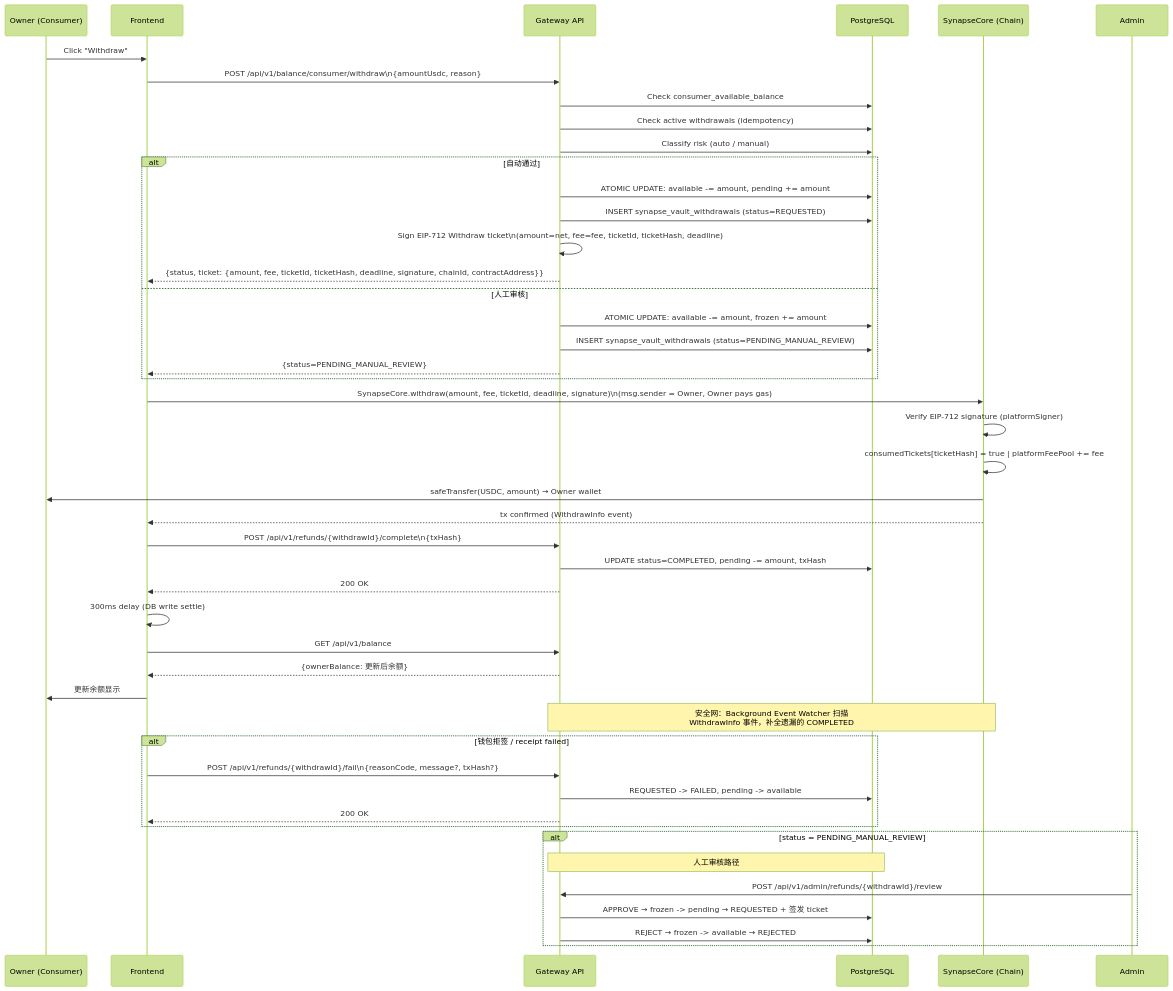
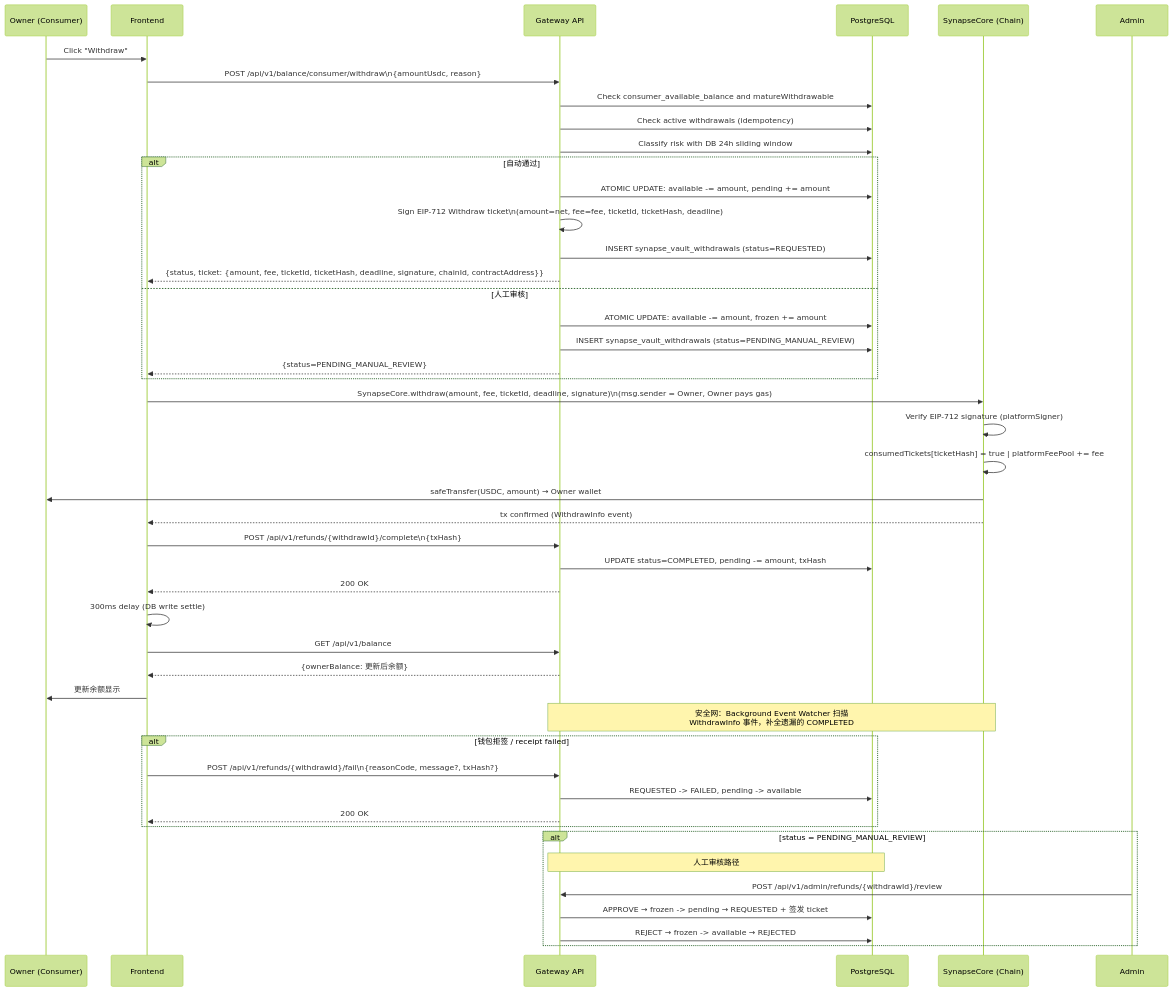
One commit to SynapseNetworkAI/Synapse-Network changed the diagram in docs/architecture/workflows/06_Consumer_Withdrawal_and_Risk_Gates.md. Above: the diagram before and after it, drawn with Mermaid (forest theme). The commit also changed other lines of this file and 53 other files, not shown here.

````diff
--- a/docs/architecture/workflows/06_Consumer_Withdrawal_and_Risk_Gates.md
+++ b/docs/architecture/workflows/06_Consumer_Withdrawal_and_Risk_Gates.md
@@ -120,54 +135,54 @@
 ```mermaid
 sequenceDiagram
     participant U as Owner (Consumer)
     participant FE as Frontend
     participant GW as Gateway API
     participant DB as PostgreSQL
     participant SC as SynapseCore (Chain)
 
     U->>FE: Click "Withdraw"
     FE->>GW: POST /api/v1/balance/consumer/withdraw\n{amountUsdc, reason}
-    GW->>DB: Check consumer_available_balance
+    GW->>DB: Check consumer_available_balance and matureWithdrawable
     GW->>DB: Check active withdrawals (idempotency)
-    GW->>DB: Classify risk (auto / manual)
+    GW->>DB: Classify risk with DB 24h sliding window
     alt 自动通过
         GW->>DB: ATOMIC UPDATE: available -= amount, pending += amount
+        GW->>GW: Sign EIP-712 Withdraw ticket\n(amount=net, fee=fee, ticketId, ticketHash, deadline)
         GW->>DB: INSERT synapse_vault_withdrawals (status=REQUESTED)
-        GW->>GW: Sign EIP-712 Withdraw ticket\n(amount=net, fee=fee, ticketId, ticketHash, deadline)
         GW-->>FE: {status, ticket: {amount, fee, ticketId, ticketHash, deadline, signature, chainId, contractAddress}}
     else 人工审核
         GW->>DB: ATOMIC UPDATE: available -= amount, frozen += amount
         GW->>DB: INSERT synapse_vault_withdrawals (status=PENDING_MANUAL_REVIEW)
         GW-->>FE: {status=PENDING_MANUAL_REVIEW}
     end
 
     FE->>SC: SynapseCore.withdraw(amount, fee, ticketId, deadline, signature)\n(msg.sender = Owner, Owner pays gas)
     SC->>SC: Verify EIP-712 signature (platformSigner)
     SC->>SC: consumedTickets[ticketHash] = true | platformFeePool += fee
     SC->>U: safeTransfer(USDC, amount) → Owner wallet
     SC-->>FE: tx confirmed (WithdrawInfo event)
 
     FE->>GW: POST /api/v1/refunds/{withdrawId}/complete\n{txHash}
     GW->>DB: UPDATE status=COMPLETED, pending -= amount, txHash
     GW-->>FE: 200 OK
 
     FE->>FE: 300ms delay (DB write settle)
     FE->>GW: GET /api/v1/balance
     GW-->>FE: {ownerBalance: 更新后余额}
     FE->>U: 更新余额显示
 
     Note over GW,SC: 安全网：Background Event Watcher 扫描<br/>WithdrawInfo 事件，补全遗漏的 COMPLETED
 
     alt 钱包拒签 / receipt failed
         FE->>GW: POST /api/v1/refunds/{withdrawId}/fail\n{reasonCode, message?, txHash?}
         GW->>DB: REQUESTED -> FAILED, pending -> available
         GW-->>FE: 200 OK
     end
 
     alt status = PENDING_MANUAL_REVIEW
         Note over GW,DB: 人工审核路径
         Admin->>GW: POST /api/v1/admin/refunds/{withdrawId}/review
         GW->>DB: APPROVE → frozen -> pending → REQUESTED + 签发 ticket
         GW->>DB: REJECT  → frozen -> available → REJECTED
     end
 ```
````
